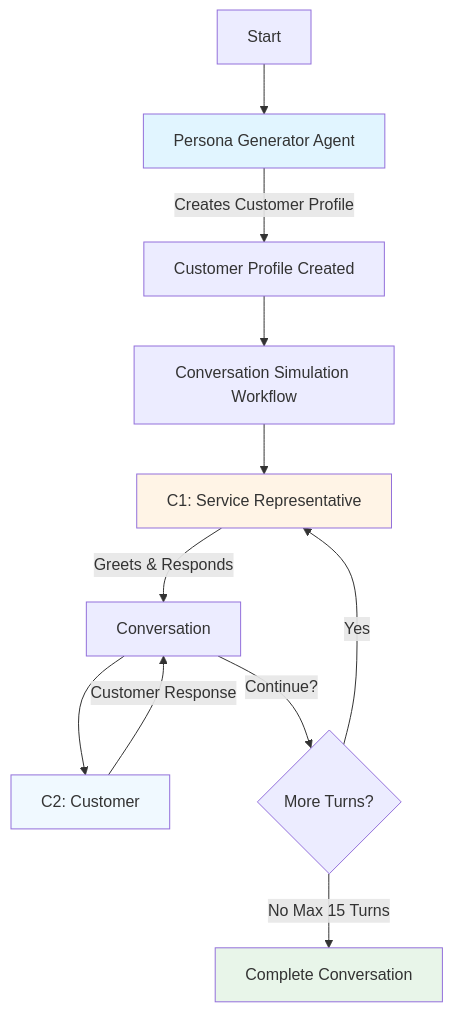
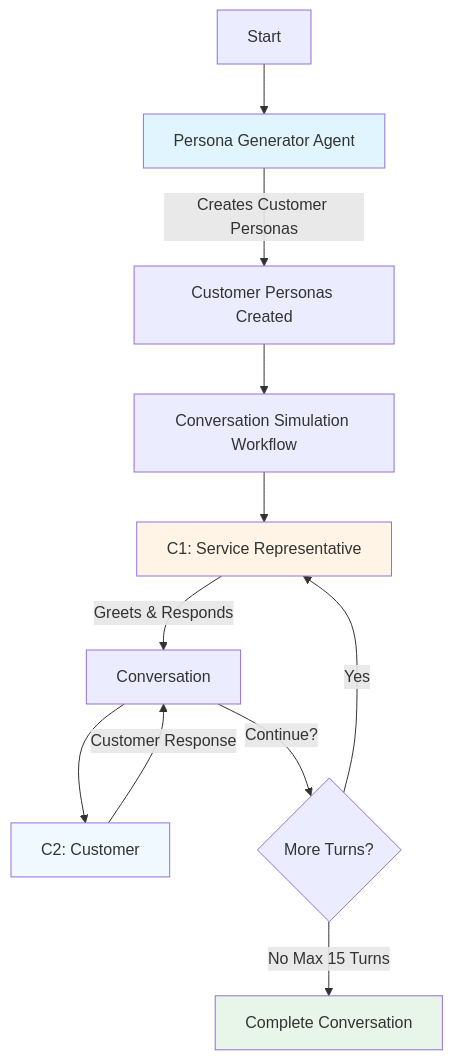
Before and after one commit to taponidhi-ms/mount-doom: the diagram in presentations/synthetic-data-generation.md, drawn with Mermaid. The commit also changed other lines of this file, not shown here.

````diff
--- a/presentations/synthetic-data-generation.md
+++ b/presentations/synthetic-data-generation.md
@@ -14,20 +14,20 @@
 ```mermaid
 flowchart TD
     Start[Start] --> PersonaGen[Persona Generator Agent]
-    PersonaGen -->|Creates Customer Profile| Profile[Customer Profile Created]
+    PersonaGen -->|Creates Customer Personas| Personas[Customer Personas Created]
 
-    Profile --> ConvSim[Conversation Simulation Workflow]
+    Personas --> ConvSim[Conversation Simulation Workflow]
 
     ConvSim --> C1[C1: Service Representative]
     C1 -->|Greets & Responds| Conv[Conversation]
     Conv --> C2[C2: Customer]
     C2 -->|Customer Response| Conv
     Conv -->|Continue?| Decision{More Turns?}
     Decision -->|Yes| C1
     Decision -->|No Max 15 Turns| Output[Complete Conversation]
 
     style PersonaGen fill:#e1f5ff
     style C1 fill:#fff4e6
     style C2 fill:#f0f9ff
     style Output fill:#e8f5e9
 ```
````
